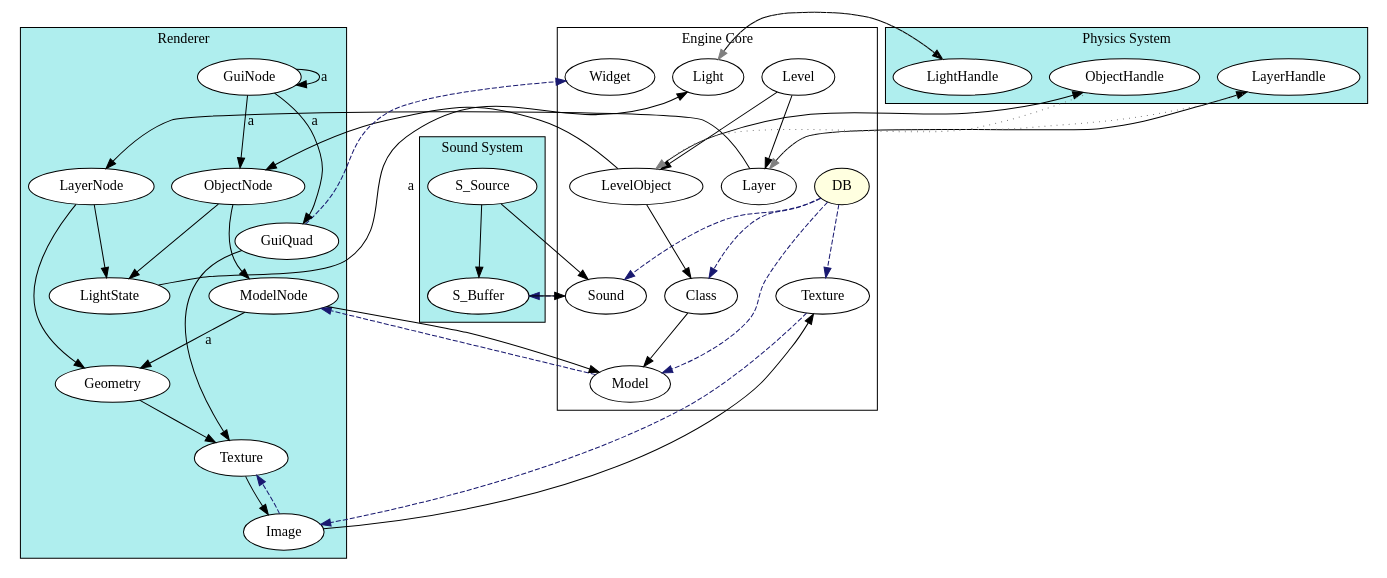
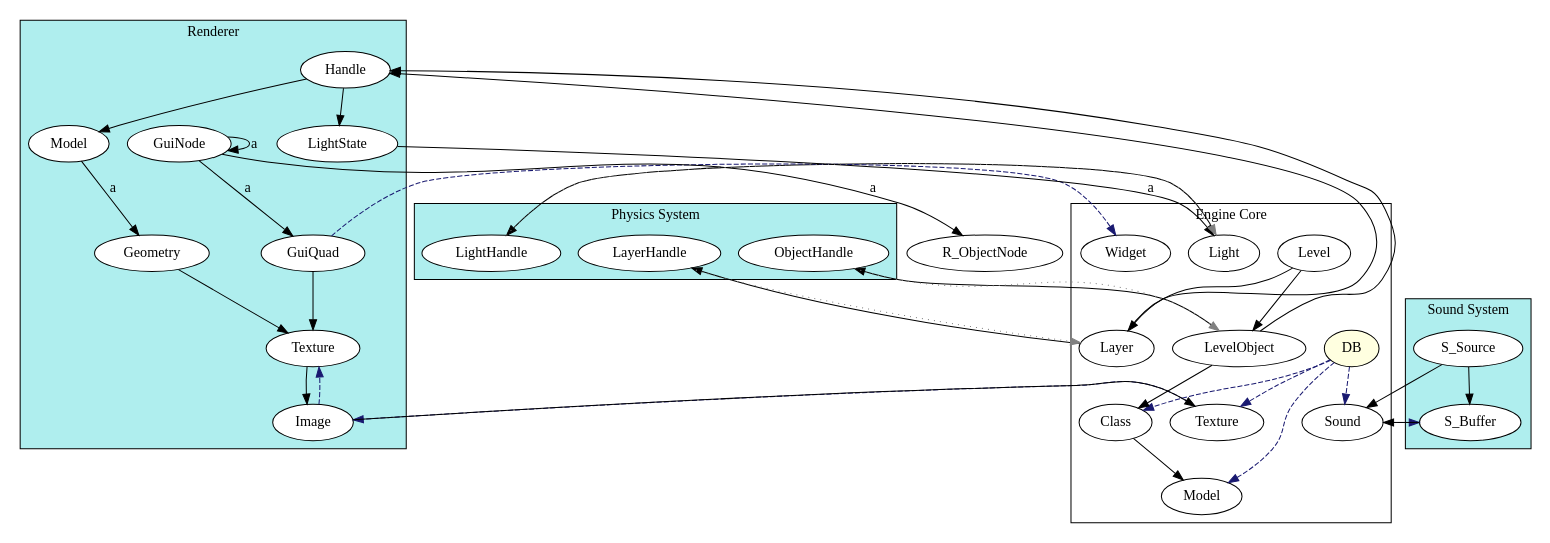
The diagram in doc/od_ownership.gv (Zalasus/opendrakan), drawn with Graphviz before and after one commit.

Commit message:
Update ownership graph

```diff
--- a/doc/od_ownership.gv
+++ b/doc/od_ownership.gv
@@ -1,139 +1,132 @@
 
 /*
  * A DOT graph representing shared ownership relations in OpenDrakan.
  *
  * Strong references are marked by solid, black arrows.
  * Weak references are marked by dashed, blue arrows.
  * Non-owning references are marked by dotted, gray arrows.
  */
 
 digraph od_ownership
 {
     subgraph cluster_core
     {
         graph [label="Engine Core"];
 
         DB [style=filled, fillcolor=LightYellow];
         Class;
         Texture;
         Model;
         Sound;
         Level;
         LevelObject;
         Layer;
         Widget;
         Light;
     }
 
     subgraph cluster_renderer
     {
         graph [label="Renderer", style=filled, fillcolor=PaleTurquoise];
         node [style=filled, fillcolor=white];
 
-        R_ObjectNode [label="ObjectNode"];
-        R_ModelNode [label="ModelNode"];
+        R_Handle [label="Handle"];
+        R_Model [label="Model"];
         R_Geometry [label="Geometry"];
         R_Texture [label="Texture"];
         R_Image [label="Image"];
         R_GuiQuad [label="GuiQuad"];
         R_GuiNode [label="GuiNode"];
-        R_LayerNode [label="LayerNode"];
         R_LightState [label="LightState"];        
     }
 
     subgraph cluster_physics
     {
         graph [label="Physics System", style=filled, fillcolor=PaleTurquoise];
         node [style=filled, fillcolor=white];
 
         P_ObjectHandle [label="ObjectHandle"];
         P_LayerHandle [label="LayerHandle"];
         P_LightHandle [label="LightHandle"];        
     }
 
     subgraph cluster_sound
     {
         graph [label="Sound System", style=filled, fillcolor=PaleTurquoise];
         node [style=filled, fillcolor=white];
         
         S_Buffer;
         S_Source;
     }
     
 
     // non-owning references
     edge [style=dotted, color=gray]
     {
         P_ObjectHandle -> LevelObject;
 
         P_LightHandle -> Light;
 
         P_LayerHandle -> Layer;
     }
 
     // weak references
     edge [style = dashed, color=MidnightBlue]
     {
         DB -> Class;
         DB -> Texture;
         DB -> Model;
         DB -> Sound;
 
         Texture -> R_Image;
 
-        Model -> R_ModelNode;
-
         R_Image -> R_Texture;
 
         R_GuiQuad -> Widget;
         
         Sound -> S_Buffer;
     }
 
     // strong references
     edge [style = solid, color=black]
     {
         Class -> Model;
 
         Level -> LevelObject;
         Level -> Layer;
 
         LevelObject -> Class;
-        LevelObject -> R_ObjectNode;
+        LevelObject -> R_Handle;
         LevelObject -> P_ObjectHandle;
         
-        Layer -> R_LayerNode;
+        Layer -> R_Handle;
         Layer -> P_LayerHandle;
         
         Light -> P_LightHandle;
 
-        R_ObjectNode -> R_ModelNode;
-        R_ObjectNode -> R_LightState;
+        R_Handle -> R_Model;
+        R_Handle -> R_LightState;
 
-        R_LayerNode -> R_Geometry;
-        R_LayerNode -> R_LightState;
-
-        R_ModelNode -> R_Geometry [label=a];
-        R_ModelNode -> Model;
+        R_Model -> R_Geometry [label=a];
 
         R_Geometry -> R_Texture;
 
         R_Texture -> R_Image;
 
         R_Image -> Texture;
 
         R_GuiQuad -> R_Texture;
 
         R_GuiNode -> R_GuiNode [label=a];
         R_GuiNode -> R_GuiQuad [label=a];
         R_GuiNode -> R_ObjectNode [label=a];
 
         R_LightState -> Light [label=a];
         
         S_Buffer -> Sound;
         
         S_Source -> S_Buffer;
         S_Source -> Sound;
     }
 
 }
```
